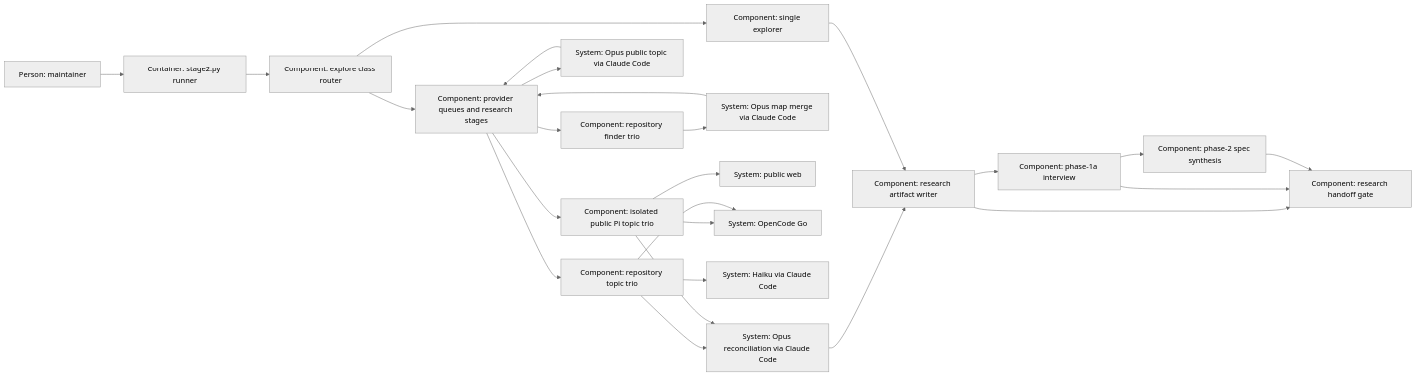
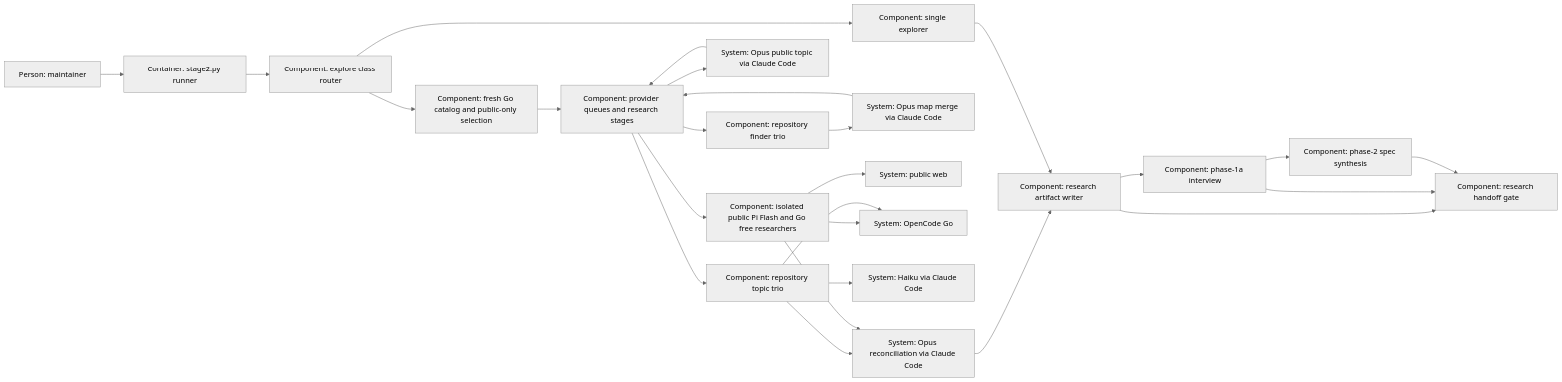
The diagram in plans/changes/research-swarm/design.md (bicycle-brakes/monotrope), drawn with Mermaid (neutral theme) before and after one commit. The commit also changed other lines of this file and 6 other files, not shown here.

````diff
--- a/plans/changes/research-swarm/design.md
+++ b/plans/changes/research-swarm/design.md
@@ -213,27 +271,28 @@
 ```mermaid
 flowchart LR
     m["Person: maintainer"] --> r["Container: stage2.py runner"]
     r --> c["Component: explore class router"]
     c --> s["Component: single explorer"]
-    c --> q["Component: provider queues and research stages"]
+    c --> cat["Component: fresh Go catalog and public-only selection"]
+    cat --> q["Component: provider queues and research stages"]
     q --> f["Component: repository finder trio"]
     f --> merge["System: Opus map merge via Claude Code"]
     merge --> q
     q --> topic["System: Opus public topic via Claude Code"]
     topic --> q
     q --> local["Component: repository topic trio"]
-    q --> online["Component: isolated public Pi topic trio"]
+    q --> online["Component: isolated public Pi Flash and Go free researchers"]
     online --> web["System: public web"]
     online --> go["System: OpenCode Go"]
     local --> go
     local --> claude["System: Haiku via Claude Code"]
     local --> judge["System: Opus reconciliation via Claude Code"]
     online --> judge
     judge --> w["Component: research artifact writer"]
     s --> w
     w --> interview["Component: phase-1a interview"]
     interview --> spec["Component: phase-2 spec synthesis"]
     w --> gate["Component: research handoff gate"]
     interview --> gate
     spec --> gate
 ```
````
